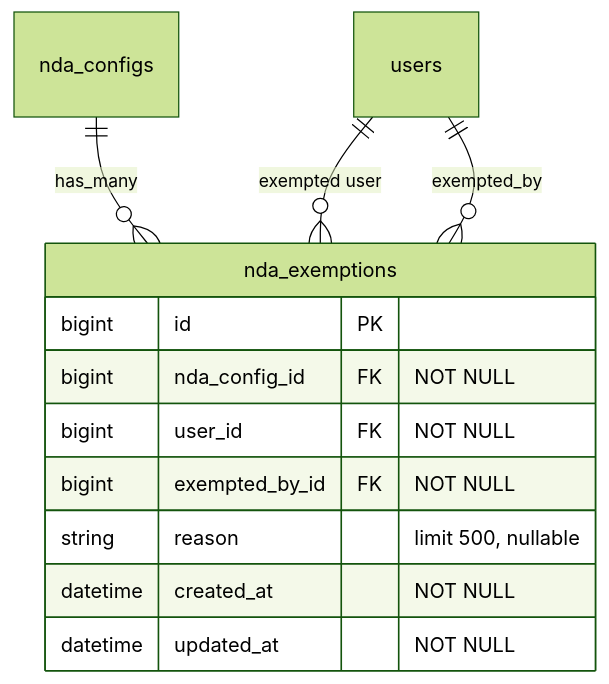
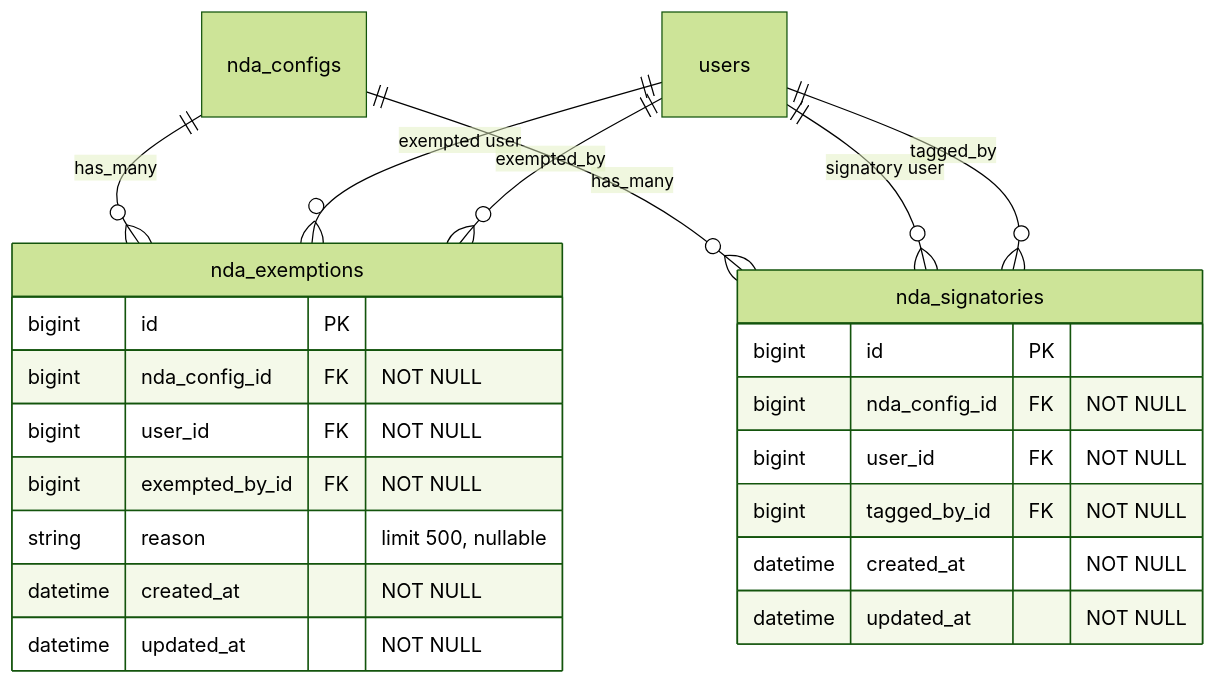
Before and after one commit to sampadadiwan/IRM_CompanyMain: the fourth of 11 diagrams in openspec/changes/nda-data-room-module-3-gp-dashboard/design.md, drawn with Mermaid (forest theme). The commit also changed other lines of this file and 10 other files, not shown here.

First line of the commit message:
feat: Add per-NDA signatory designation replacing entity-wide tag_list

````diff
--- a/openspec/changes/nda-data-room-module-3-gp-dashboard/design.md
+++ b/openspec/changes/nda-data-room-module-3-gp-dashboard/design.md
@@ -204,16 +206,29 @@
 ```mermaid
 erDiagram
     nda_configs ||--o{ nda_exemptions : "has_many"
     users ||--o{ nda_exemptions : "exempted user"
     users ||--o{ nda_exemptions : "exempted_by"
 
     nda_exemptions {
         bigint id PK
         bigint nda_config_id FK "NOT NULL"
         bigint user_id FK "NOT NULL"
         bigint exempted_by_id FK "NOT NULL"
         string reason "limit 500, nullable"
         datetime created_at "NOT NULL"
         datetime updated_at "NOT NULL"
     }
+
+    nda_configs ||--o{ nda_signatories : "has_many"
+    users ||--o{ nda_signatories : "signatory user"
+    users ||--o{ nda_signatories : "tagged_by"
+
+    nda_signatories {
+        bigint id PK
+        bigint nda_config_id FK "NOT NULL"
+        bigint user_id FK "NOT NULL"
+        bigint tagged_by_id FK "NOT NULL"
+        datetime created_at "NOT NULL"
+        datetime updated_at "NOT NULL"
+    }
 ```
````
